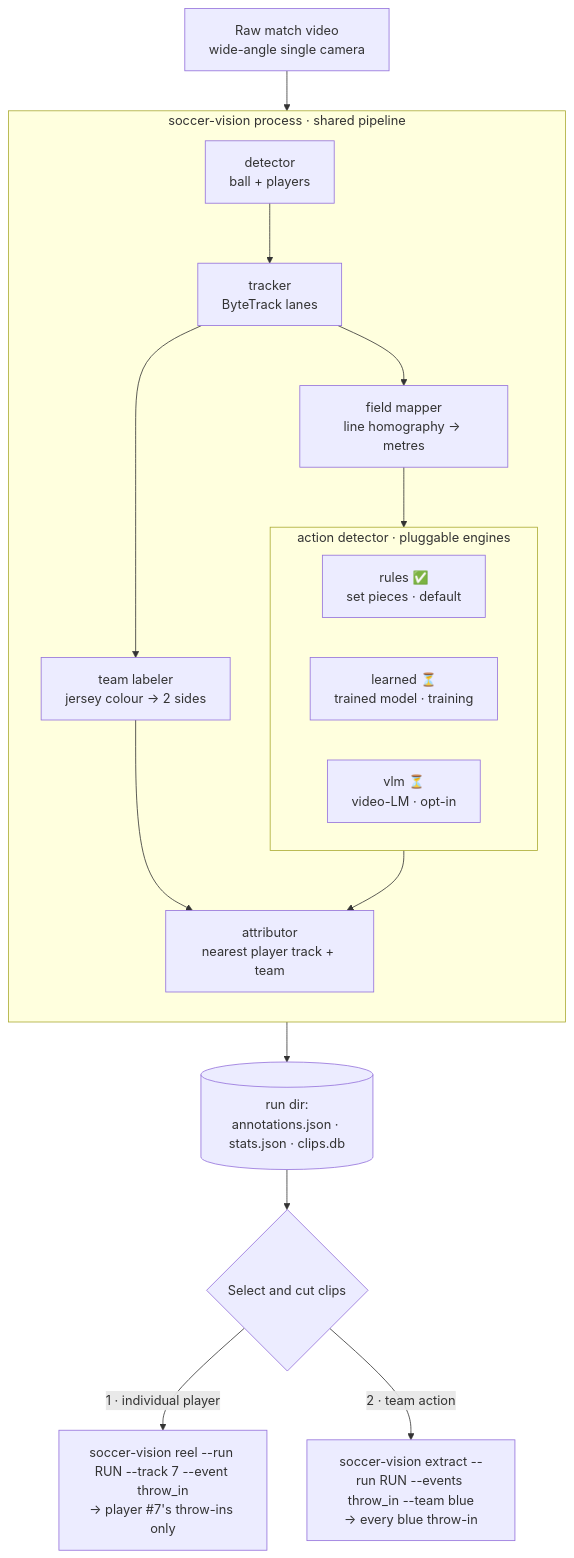
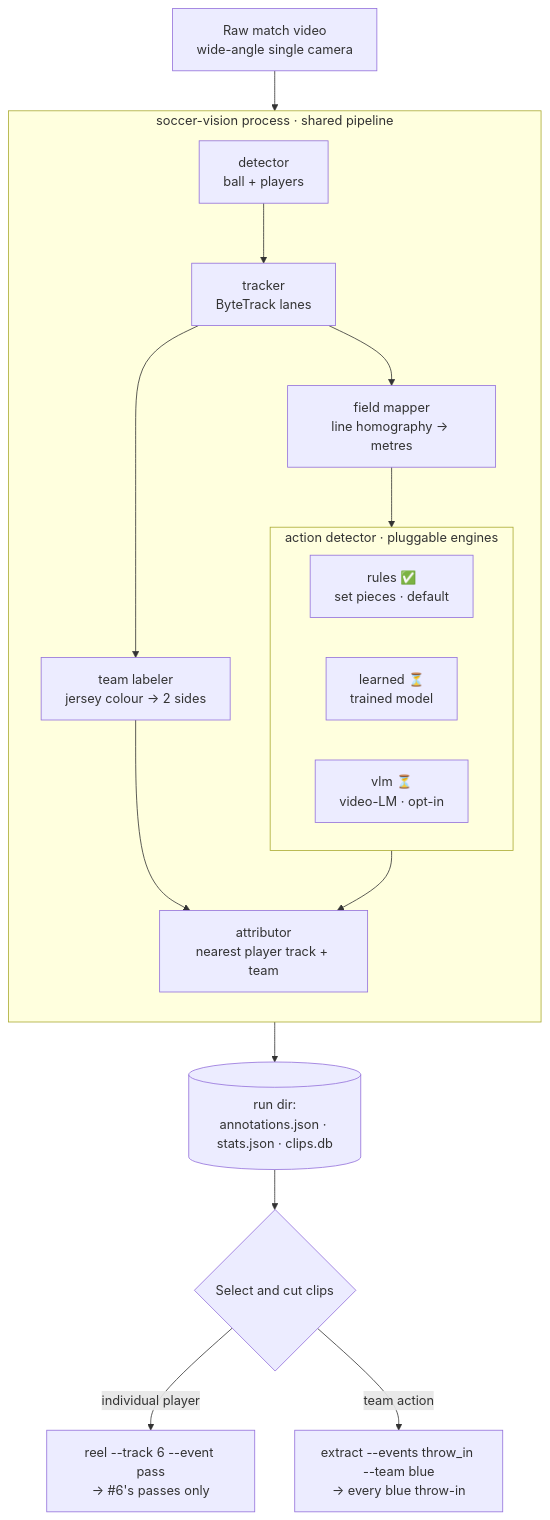
One commit to bw4sz/soccer-video-analysis changed the diagram in README.md. Above: the diagram before and after it, drawn with Mermaid. The commit also changed other lines of this file and 3 other files, not shown here.

````diff
--- a/README.md
+++ b/README.md
@@ -49,26 +96,23 @@
 ```mermaid
 flowchart TD
     RAW[Raw match video<br/>wide-angle single camera] --> PROC
-
     subgraph PROC["soccer-vision process · shared pipeline"]
       direction TB
       DET[detector<br/>ball + players] --> TRK[tracker<br/>ByteTrack lanes]
       TRK --> TEAM[team labeler<br/>jersey colour → 2 sides]
       TRK --> FIELD[field mapper<br/>line homography → metres]
       FIELD --> ACT
       subgraph ACT["action detector · pluggable engines"]
         direction LR
         E1["rules ✅<br/>set pieces · default"]
-        E2["learned ⏳<br/>trained model · training"]
+        E2["learned ⏳<br/>trained model"]
         E3["vlm ⏳<br/>video-LM · opt-in"]
       end
       ACT --> ATTR[attributor<br/>nearest player track + team]
       TEAM --> ATTR
     end
-
     PROC --> RUN[(run dir:<br/>annotations.json · stats.json · clips.db)]
     RUN --> Q{Select and cut clips}
-
-    Q -->|"1 · individual player"| IND["soccer-vision reel --run RUN --track 7 --event throw_in<br/>→ player #7's throw-ins only"]
-    Q -->|"2 · team action"| GRP["soccer-vision extract --run RUN --events throw_in --team blue<br/>→ every blue throw-in"]
+    Q -->|"individual player"| IND["reel --track 6 --event pass<br/>→ #6's passes only"]
+    Q -->|"team action"| GRP["extract --events throw_in --team blue<br/>→ every blue throw-in"]
 ```
````
